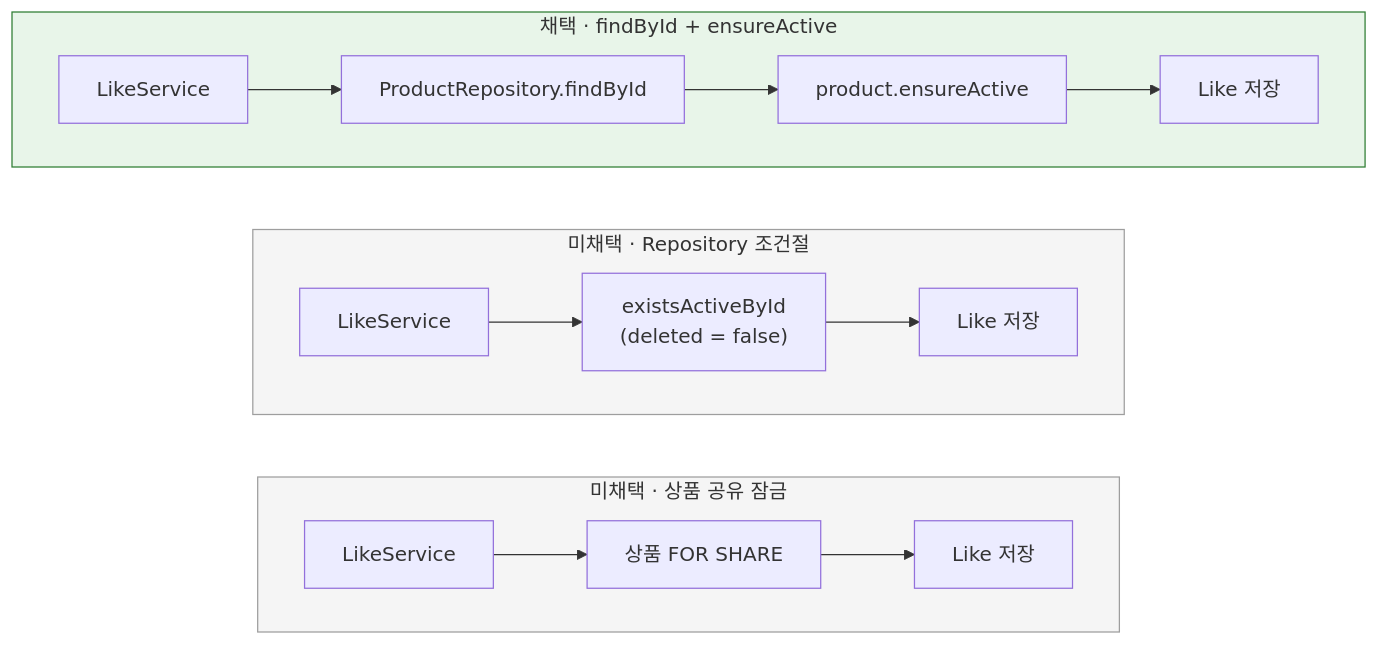
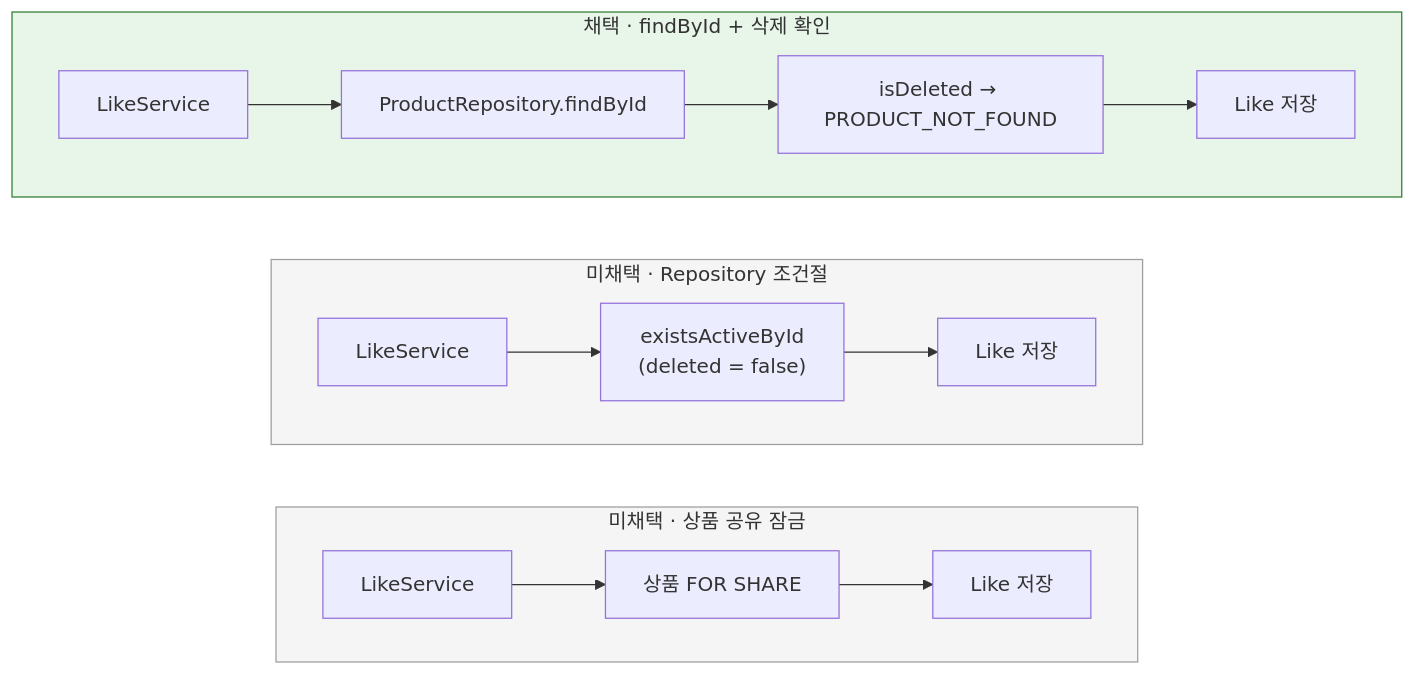
One commit to corinB/loop-pack-be-l2-vol5-java changed the diagram in docs/week3-2/r03-jdbc-and-like-aggregation/trade_off/03-like-product-check.md. Above: the diagram before and after it, drawn with Mermaid. The commit also changed other lines of this file and 6 other files, not shown here.

````diff
--- a/docs/week3-2/r03-jdbc-and-like-aggregation/trade_off/03-like-product-check.md
+++ b/docs/week3-2/r03-jdbc-and-like-aggregation/trade_off/03-like-product-check.md
@@ -20,19 +20,19 @@
 ```mermaid
 flowchart TB
-    subgraph A["채택 · findById + ensureActive"]
+    subgraph A["채택 · findById + 삭제 확인"]
         direction LR
-        A1["LikeService"] --> A2["ProductRepository.findById"] --> A3["product.ensureActive"] --> A4["Like 저장"]
+        A1["LikeService"] --> A2["ProductRepository.findById"] --> A3["isDeleted → PRODUCT_NOT_FOUND"] --> A4["Like 저장"]
     end
     subgraph B["미채택 · Repository 조건절"]
         direction LR
         B1["LikeService"] --> B2["existsActiveById<br/>(deleted = false)"] --> B3["Like 저장"]
     end
     subgraph C["미채택 · 상품 공유 잠금"]
         direction LR
         C1["LikeService"] --> C2["상품 FOR SHARE"] --> C3["Like 저장"]
     end
     A ~~~ B ~~~ C
     style A fill:#e8f5e9,stroke:#2e7d32
     style B fill:#f5f5f5,stroke:#9e9e9e
     style C fill:#f5f5f5,stroke:#9e9e9e
 ```
````
